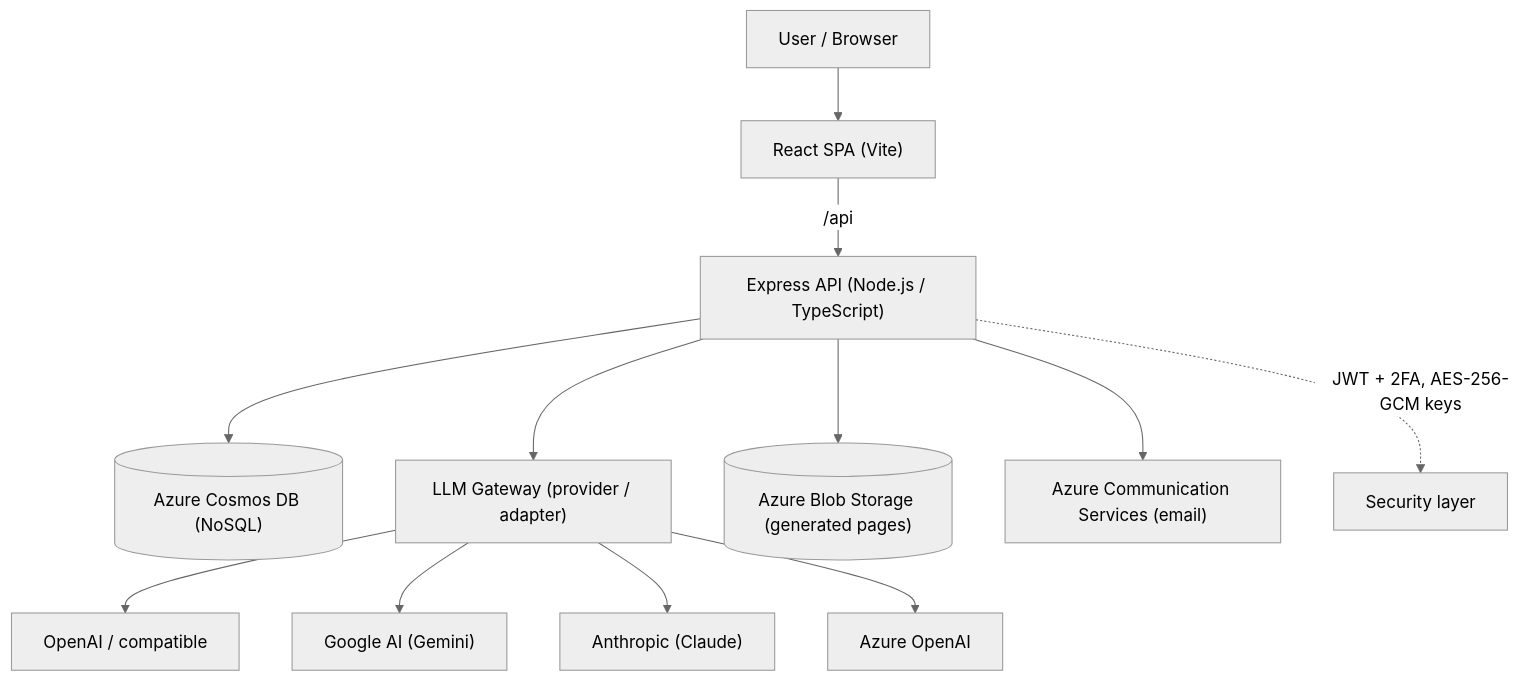
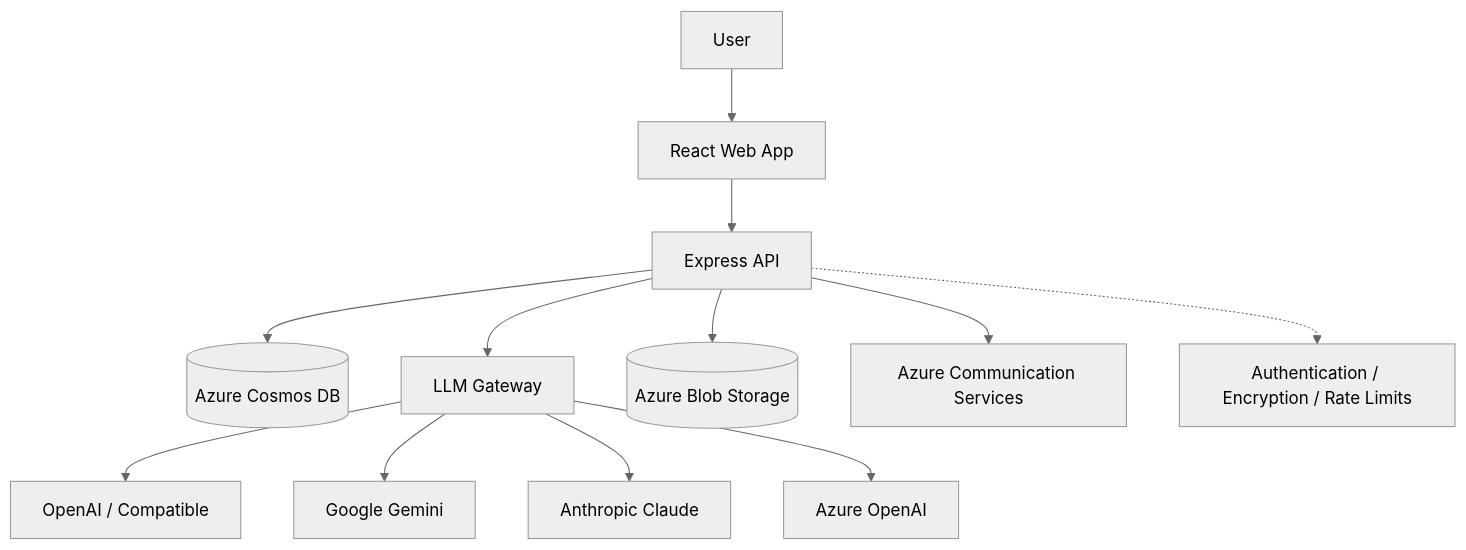
Before and after one commit to skajake1983/xpia-tools-oss: the diagram in README.md, drawn with Mermaid (neutral theme). The commit also changed other lines of this file, not shown here.

````diff
--- a/README.md
+++ b/README.md
@@ -269,14 +436,17 @@
 ```mermaid
 flowchart TD
-    U["User / Browser"] --> SPA["React SPA (Vite)"]
-    SPA -->|"/api"| API["Express API (Node.js / TypeScript)"]
-    API --> DB[("Azure Cosmos DB (NoSQL)")]
-    API --> GW["LLM Gateway (provider / adapter)"]
-    GW --> OAI["OpenAI / compatible"]
-    GW --> GEM["Google AI (Gemini)"]
-    GW --> ANT["Anthropic (Claude)"]
+    U["User"] --> SPA["React Web App"]
+    SPA --> API["Express API"]
+
+    API --> DB[("Azure Cosmos DB")]
+    API --> GW["LLM Gateway"]
+    API --> BLOB[("Azure Blob Storage")]
+    API --> ACS["Azure Communication Services"]
+
+    GW --> OAI["OpenAI / Compatible"]
+    GW --> GEM["Google Gemini"]
+    GW --> ANT["Anthropic Claude"]
     GW --> AZ["Azure OpenAI"]
-    API --> BLOB[("Azure Blob Storage (generated pages)")]
-    API --> ACS["Azure Communication Services (email)"]
-    API -.->|"JWT + 2FA, AES-256-GCM keys"| SEC["Security layer"]
+
+    API -.-> SEC["Authentication / Encryption / Rate Limits"]
 ```
````
